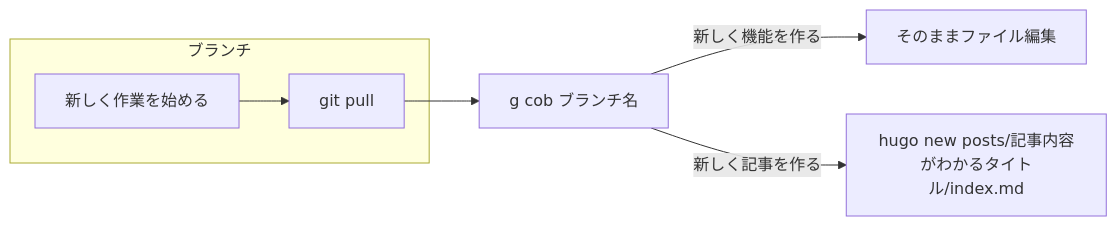
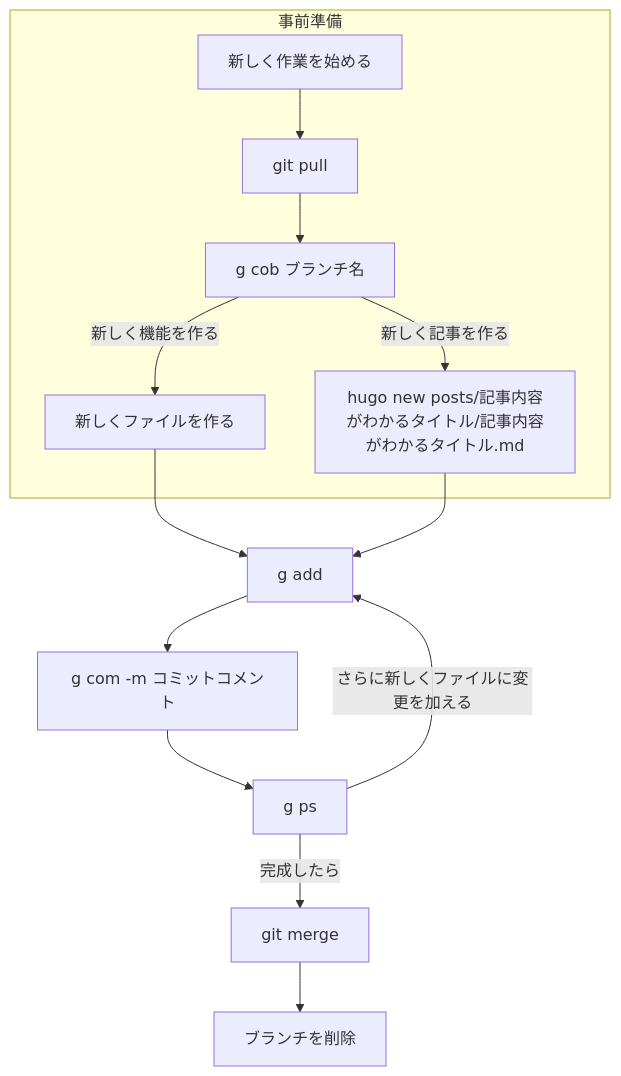
One commit to zuzuzunta0/newblog2 changed the diagram in README.md. Above: the diagram before and after it, drawn with Mermaid. The commit also changed other lines of this file, not shown here.

Commit message:
add description about git flow

````diff
--- a/README.md
+++ b/README.md
@@ -13,9 +13,16 @@
 ```mermaid
-flowchart LR
-  subgraph ブランチ
+flowchart TB
+  subgraph 事前準備
   a[新しく作業を始める] --> b1[git pull]
+  b1 --> e[g cob ブランチ名]
+  e --> |"新しく機能を作る"|c[新しくファイルを作る]
+  e -->|"新しく記事を作る"| d["hugo new posts/記事内容がわかるタイトル/記事内容がわかるタイトル.md"]
   end
-  b1 --> e[g cob ブランチ名]
-  e --> |"新しく機能を作る"|c[そのままファイル編集]
-  e -->|"新しく記事を作る"| d["hugo new posts/記事内容がわかるタイトル/index.md"]
+  c --> f["g add"]
+  d --> f
+  f --> g["g com -m "コミットコメント""]
+  g --> h["g ps"]
+  h --> |"さらに新しくファイルに変更を加える"|f
+  h --> |完成したら|i["git merge"]
+  i --> j["ブランチを削除"]
 ```
````
